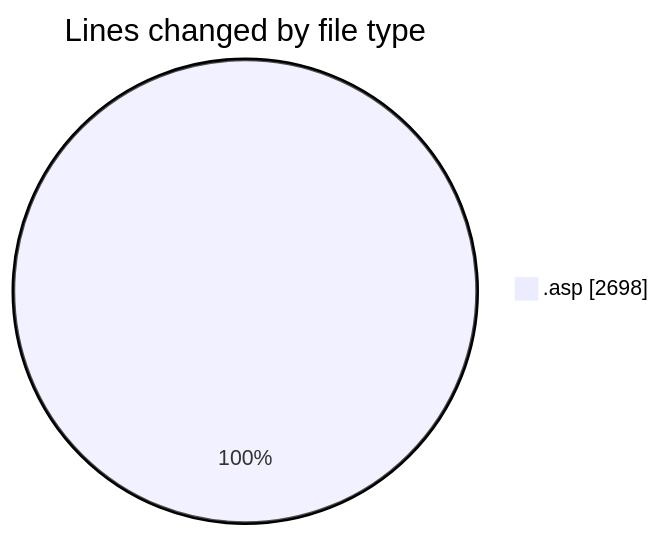
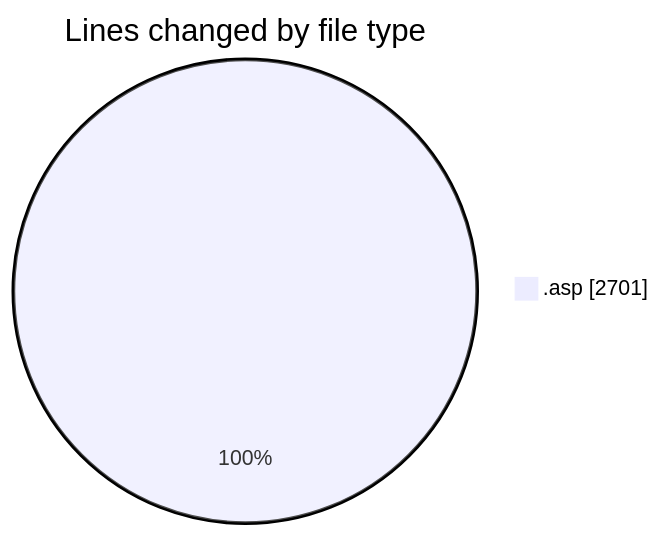
Before and after one commit to julien-gomy/code-tracking: the first of 2 diagrams in 2025-10-31/cdp_aleoudev_fr__workspace_/README.md, drawn with Mermaid. The commit also changed other lines of this file and 1 other file, not shown here.

````diff
--- a/2025-10-31/cdp_aleoudev_fr__workspace_/README.md
+++ b/2025-10-31/cdp_aleoudev_fr__workspace_/README.md
@@ -21,5 +21,5 @@
 ```mermaid
 pie showData
 title Lines changed by file type
-".asp" : 2698
+".asp" : 2701
 ```
````
